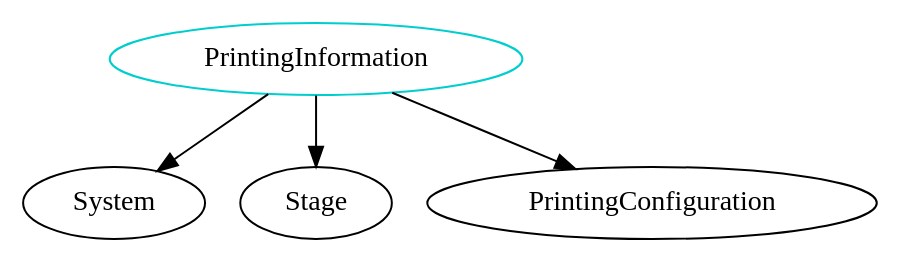
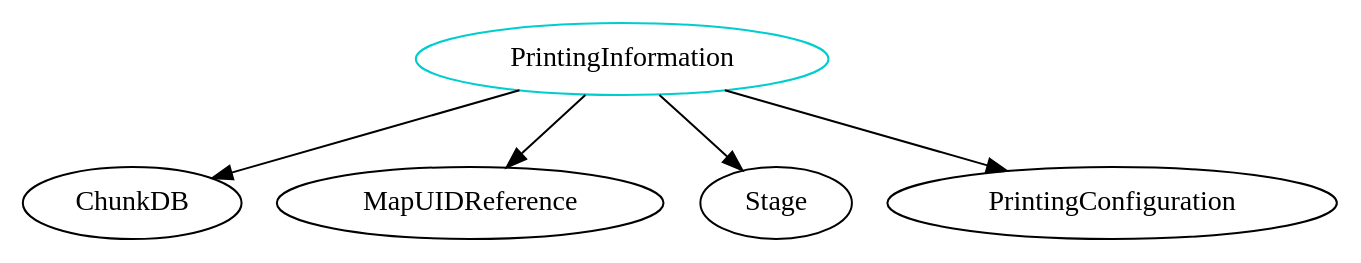
One commit to JacquesCarette/Drasil changed the diagram in analysis/TypeDependencyGraphs/printers/PrintingInformation.dot. Above: the diagram before and after it, drawn with Graphviz. The commit also changed 517 other files, not shown here.

```diff
--- a/analysis/TypeDependencyGraphs/printers/PrintingInformation.dot
+++ b/analysis/TypeDependencyGraphs/printers/PrintingInformation.dot
@@ -1,6 +1,7 @@
 digraph printinginformation{
 PrintingInformation	[shape=oval, color=cyan3, label="PrintingInformation"];
-PrintingInformation -> System;
+PrintingInformation -> ChunkDB;
+PrintingInformation -> MapUIDReference;
 PrintingInformation -> Stage;
 PrintingInformation -> PrintingConfiguration;
 }
```
